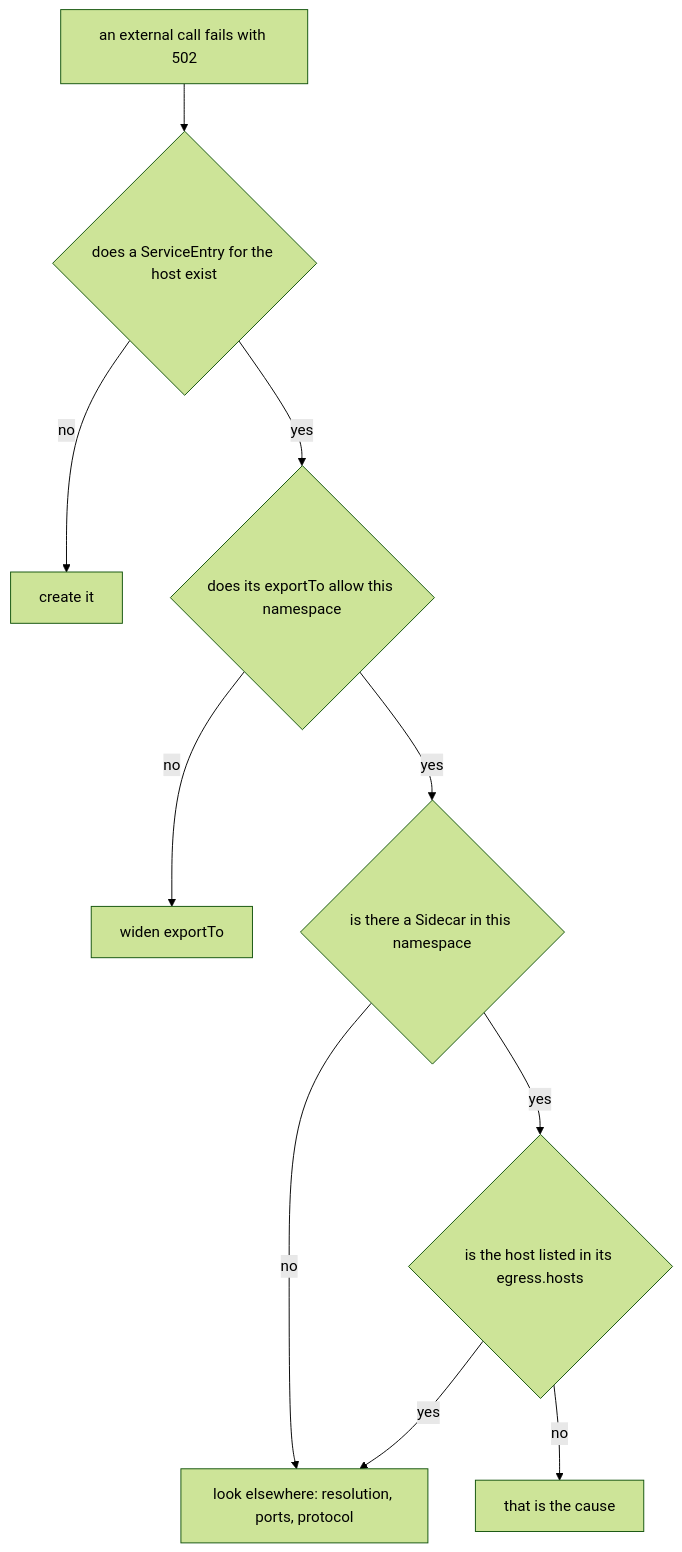
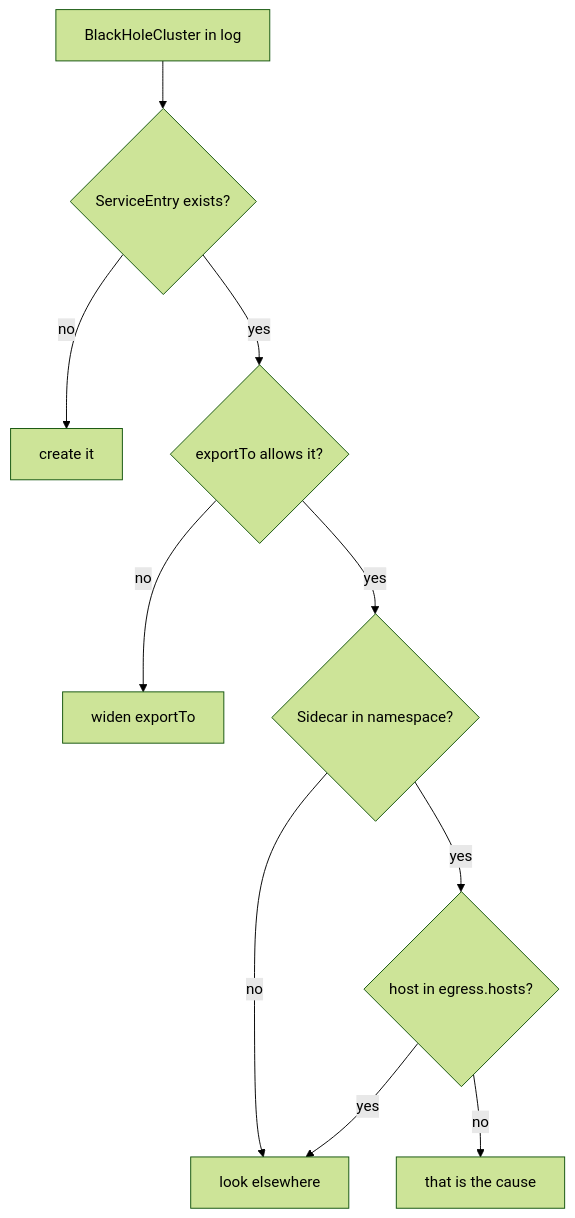
The diagram in sections/section-070/module-01/course-03-a-registered-host-is-an-ordinary-host.md (astrona-io/ATS014), drawn with Mermaid (forest theme) before and after one commit. The commit also changed other lines of this file and 444 other files, not shown here.

````diff
--- a/sections/section-070/module-01/course-03-a-registered-host-is-an-ordinary-host.md
+++ b/sections/section-070/module-01/course-03-a-registered-host-is-an-ordinary-host.md
@@ -138,12 +175,12 @@
 ```mermaid
-flowchart TD
-    F["an external call fails with 502"] --> A{"does a ServiceEntry for the host exist"}
+flowchart TB
+    F["BlackHoleCluster in log"] --> A{"ServiceEntry exists?"}
     A -->|"no"| A1["create it"]
-    A -->|"yes"| B{"does its exportTo allow this namespace"}
+    A -->|"yes"| B{"exportTo allows it?"}
     B -->|"no"| B1["widen exportTo"]
-    B -->|"yes"| C{"is there a Sidecar in this namespace"}
-    C -->|"no"| C1["look elsewhere: resolution, ports, protocol"]
-    C -->|"yes"| D{"is the host listed in its egress.hosts"}
+    B -->|"yes"| C{"Sidecar in namespace?"}
+    C -->|"no"| C1["look elsewhere"]
+    C -->|"yes"| D{"host in egress.hosts?"}
     D -->|"no"| D1["that is the cause"]
     D -->|"yes"| C1
 ```
````
